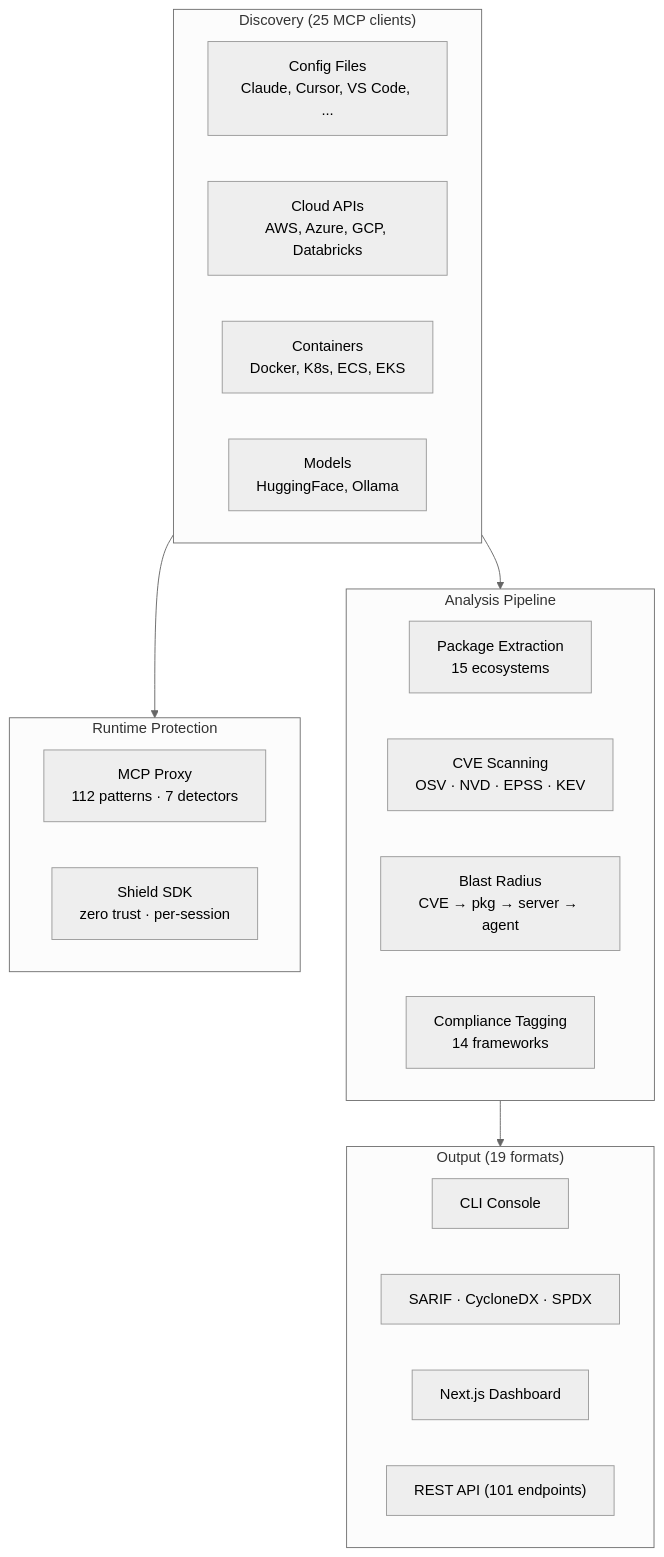
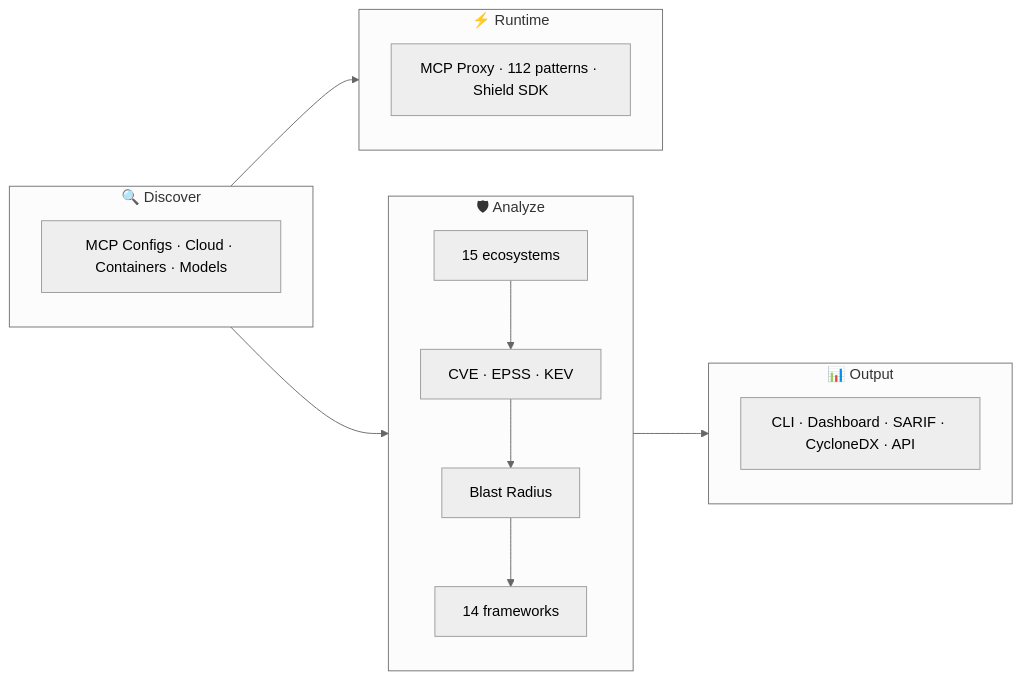
Before and after one commit to Rish-2006/agent-bom: the fourth of 4 diagrams in README.md, drawn with Mermaid (neutral theme). The commit also changed 20 other files, not shown here.

First line of the commit message:
feat: close #530 #546 #523 #510 + skills restructure + compact diagram (#1034)

````diff
--- a/README.md
+++ b/README.md
@@ -427,31 +427,17 @@
 ```mermaid
-graph TB
-    subgraph Discovery["Discovery (25 MCP clients)"]
-        CONF["Config Files<br/>Claude, Cursor, VS Code, ..."]
-        CLOUD["Cloud APIs<br/>AWS, Azure, GCP, Databricks"]
-        CONTAINER["Containers<br/>Docker, K8s, ECS, EKS"]
-        MODEL["Models<br/>HuggingFace, Ollama"]
+graph LR
+    subgraph D["🔍 Discover"]
+        D1["MCP Configs · Cloud · Containers · Models"]
     end
-
-    subgraph Analysis["Analysis Pipeline"]
-        PARSE["Package Extraction<br/>15 ecosystems"]
-        CVE["CVE Scanning<br/>OSV · NVD · EPSS · KEV"]
-        BLAST["Blast Radius<br/>CVE → pkg → server → agent"]
-        COMPLY["Compliance Tagging<br/>14 frameworks"]
+    subgraph A["🛡 Analyze"]
+        A1["15 ecosystems"] --> A2["CVE · EPSS · KEV"] --> A3["Blast Radius"] --> A4["14 frameworks"]
     end
-
-    subgraph Output["Output (19 formats)"]
-        CLI_OUT["CLI Console"]
-        SARIF["SARIF · CycloneDX · SPDX"]
-        DASH["Next.js Dashboard"]
-        API_OUT["REST API (101 endpoints)"]
+    subgraph O["📊 Output"]
+        O1["CLI · Dashboard · SARIF · CycloneDX · API"]
     end
-
-    subgraph Runtime["Runtime Protection"]
-        PROXY["MCP Proxy<br/>112 patterns · 7 detectors"]
-        SHIELD["Shield SDK<br/>zero trust · per-session"]
+    subgraph R["⚡ Runtime"]
+        R1["MCP Proxy · 112 patterns · Shield SDK"]
     end
-
-    Discovery --> Analysis --> Output
-    Discovery --> Runtime
+    D --> A --> O
+    D --> R
 ```
````
